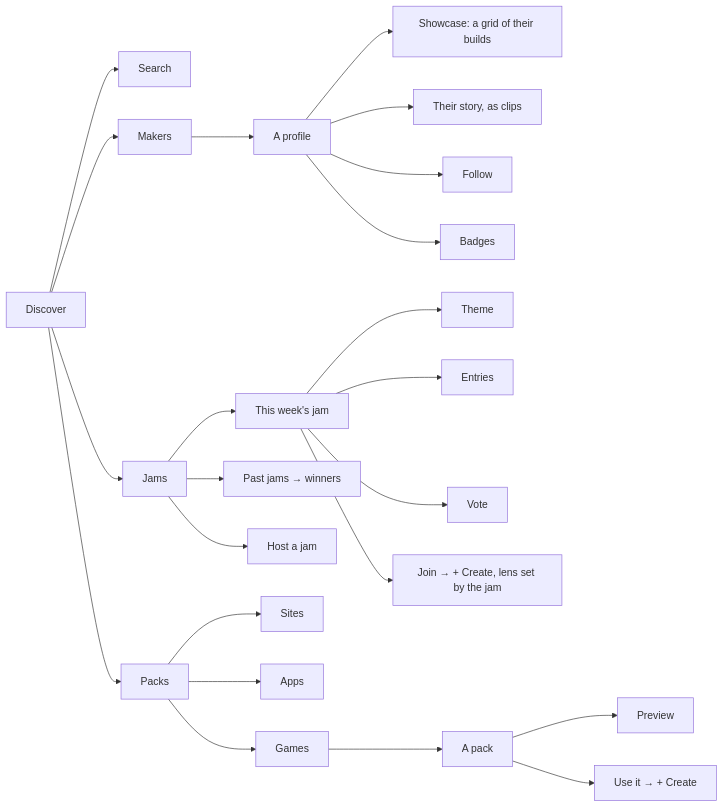
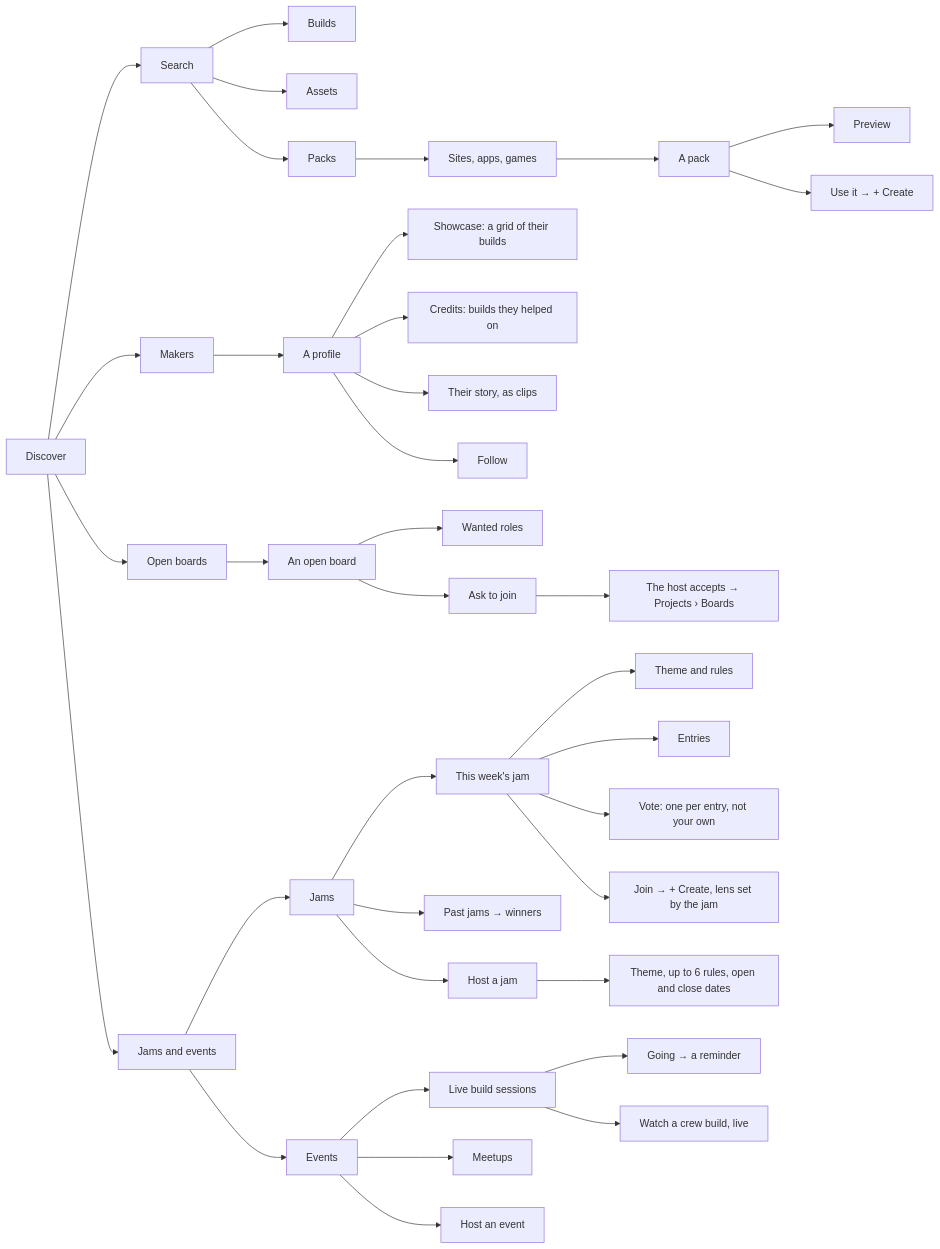
The fourth of 24 diagrams in docs/ux/SITEMAP.md (Pukujan/swarm-studio), drawn with Mermaid before and after one commit. The commit also changed other lines of this file and 5 other files, not shown here.

````diff
--- a/docs/ux/SITEMAP.md
+++ b/docs/ux/SITEMAP.md
@@ -88,25 +98,38 @@
 ```mermaid
 flowchart LR
   DISC[Discover] --> SR[Search]
   DISC --> MK[Makers]
-  DISC --> JM[Jams]
-  DISC --> PK[Packs]
+  DISC --> OBS[Open boards]
+  DISC --> JE[Jams and events]
+  SR --> SR1[Builds]
+  SR --> SR2[Assets]
+  SR --> PK[Packs]
+  PK --> PK1["Sites, apps, games"]
+  PK1 --> PA[A pack]
+  PA --> PA1[Preview]
+  PA --> PA2["Use it → + Create"]
   MK --> PF[A profile]
   PF --> PF1["Showcase: a grid of their builds"]
-  PF --> PF2["Their story, as clips"]
-  PF --> PF3[Follow]
-  PF --> PF4[Badges]
+  PF --> PF2["Credits: builds they helped on"]
+  PF --> PF3["Their story, as clips"]
+  PF --> PF4[Follow]
+  OBS --> OB[An open board]
+  OB --> OB1[Wanted roles]
+  OB --> OB2[Ask to join]
+  OB2 --> OB3["The host accepts → Projects › Boards"]
+  JE --> JM[Jams]
+  JE --> EV[Events]
   JM --> JW["This week's jam"]
   JM --> JP["Past jams → winners"]
   JM --> JH[Host a jam]
-  JW --> JW1[Theme]
+  JW --> JW1[Theme and rules]
   JW --> JW2[Entries]
-  JW --> JW3[Vote]
+  JW --> JW3["Vote: one per entry, not your own"]
   JW --> JW4["Join → + Create, lens set by the jam"]
-  PK --> PK1[Sites]
-  PK --> PK2[Apps]
-  PK --> PK3[Games]
-  PK3 --> PA[A pack]
-  PA --> PA1[Preview]
-  PA --> PA2["Use it → + Create"]
+  JH --> JH1["Theme, up to 6 rules, open and close dates"]
+  EV --> EV1[Live build sessions]
+  EV --> EV2[Meetups]
+  EV --> EV3[Host an event]
+  EV1 --> EV4["Going → a reminder"]
+  EV1 --> EV5["Watch a crew build, live"]
 ```
````
